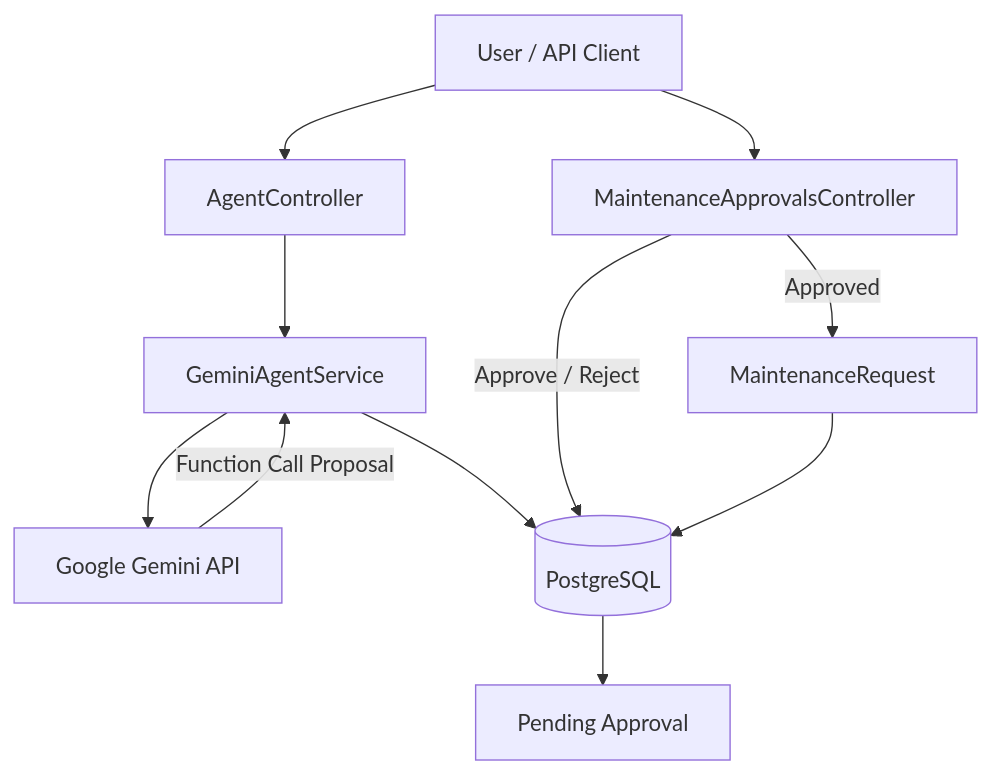
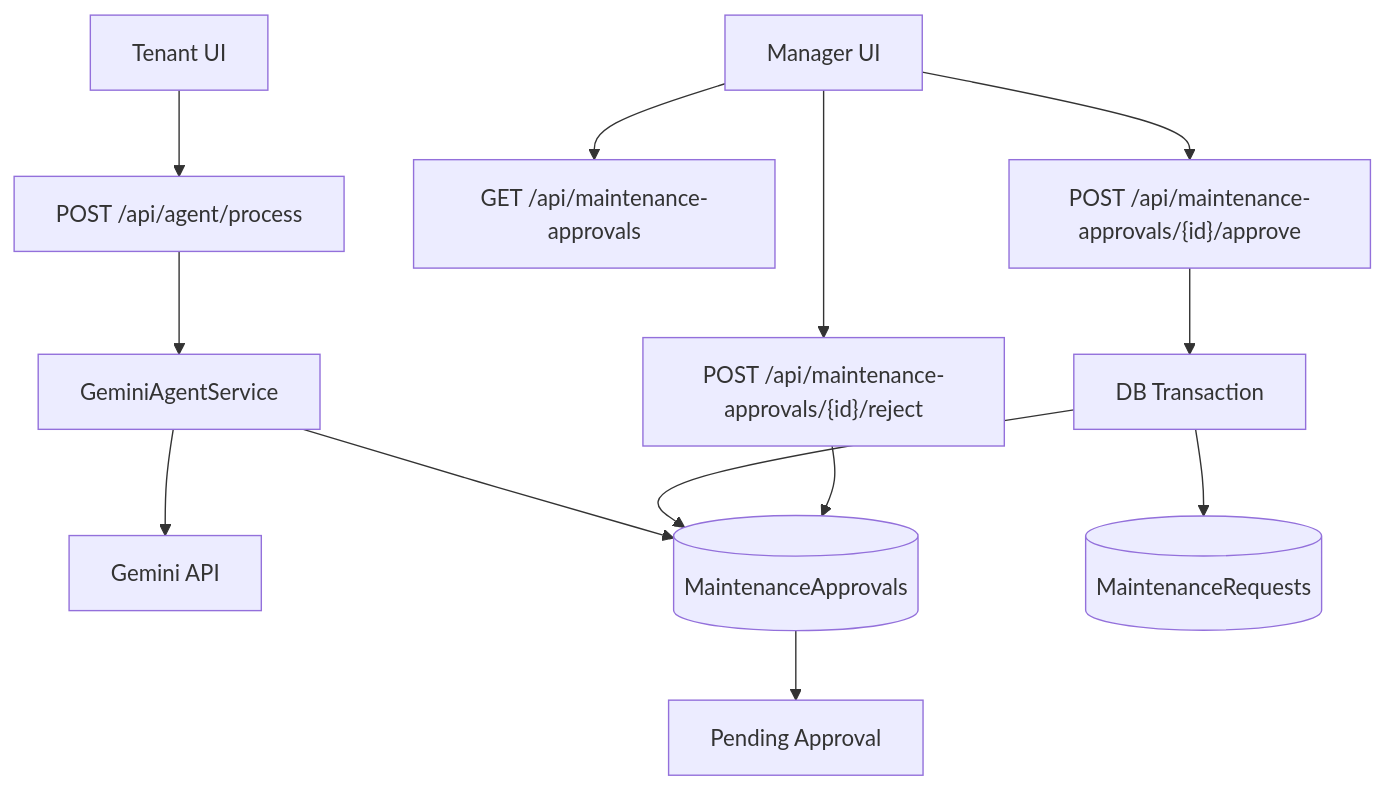
The diagram in README.md (Ever01HK/MaintenanceReqAgent), drawn with Mermaid before and after one commit. The commit also changed other lines of this file and 26 other files, not shown here.

````diff
--- a/README.md
+++ b/README.md
@@ -189,13 +32,17 @@
 ```mermaid
 flowchart TD
-    U["User / API Client"] --> A["AgentController"]
-    A --> S["GeminiAgentService"]
-    S --> G["Google Gemini API"]
-    G -->|"Function Call Proposal"| S
-    S --> DB[("PostgreSQL")]
-    DB --> P["Pending Approval"]
-    U --> C["MaintenanceApprovalsController"]
-    C -->|"Approve / Reject"| DB
-    C -->|"Approved"| M["MaintenanceRequest"]
-    M --> DB
-  ```
+    T["Tenant UI"] --> AP["POST /api/agent/process"]
+    AP --> GS["GeminiAgentService"]
+    GS --> G["Gemini API"]
+    GS --> ADB[("MaintenanceApprovals")]
+    ADB --> P["Pending Approval"]
+
+    M["Manager UI"] --> L["GET /api/maintenance-approvals"]
+    M --> AR["POST /api/maintenance-approvals/{id}/approve"]
+    M --> RR["POST /api/maintenance-approvals/{id}/reject"]
+
+    AR --> TX["DB Transaction"]
+    TX --> MR[("MaintenanceRequests")]
+    TX --> ADB
+    RR --> ADB
+```
````
